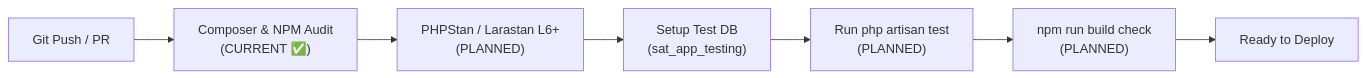
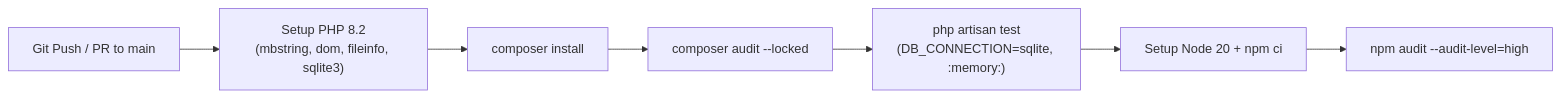
The fifth of 5 diagrams in docs/system-architecture-and-roadmap.md (rhy911/digital-sat), drawn with Mermaid before and after one commit. The commit also changed other lines of this file and 69 other files, not shown here.

Commit message:
chore: squash migrations into schema dump, add phpstan/larastan

````diff
--- a/docs/system-architecture-and-roadmap.md
+++ b/docs/system-architecture-and-roadmap.md
@@ -785,9 +654,9 @@
 ```mermaid
 flowchart LR
-    Push["Git Push / PR"] --> Audit["Composer & NPM Audit\n(CURRENT ✅)"]
-    Audit --> Pint["PHPStan / Larastan L6+\n(PLANNED)"]
-    Pint --> TestDB["Setup Test DB\n(sat_app_testing)"]
-    TestDB --> PHPUnit["Run php artisan test\n(PLANNED)"]
-    PHPUnit --> BuildAsset["npm run build check\n(PLANNED)"]
-    BuildAsset --> Success["Ready to Deploy"]
+    Push["Git Push / PR to main"] --> Setup["Setup PHP 8.2\n(mbstring, dom, fileinfo, sqlite3)"]
+    Setup --> Install["composer install"]
+    Install --> Audit["composer audit --locked"]
+    Audit --> Test["php artisan test\n(DB_CONNECTION=sqlite, :memory:)"]
+    Test --> Node["Setup Node 20 + npm ci"]
+    Node --> NpmAudit["npm audit --audit-level=high"]
 ```
````
